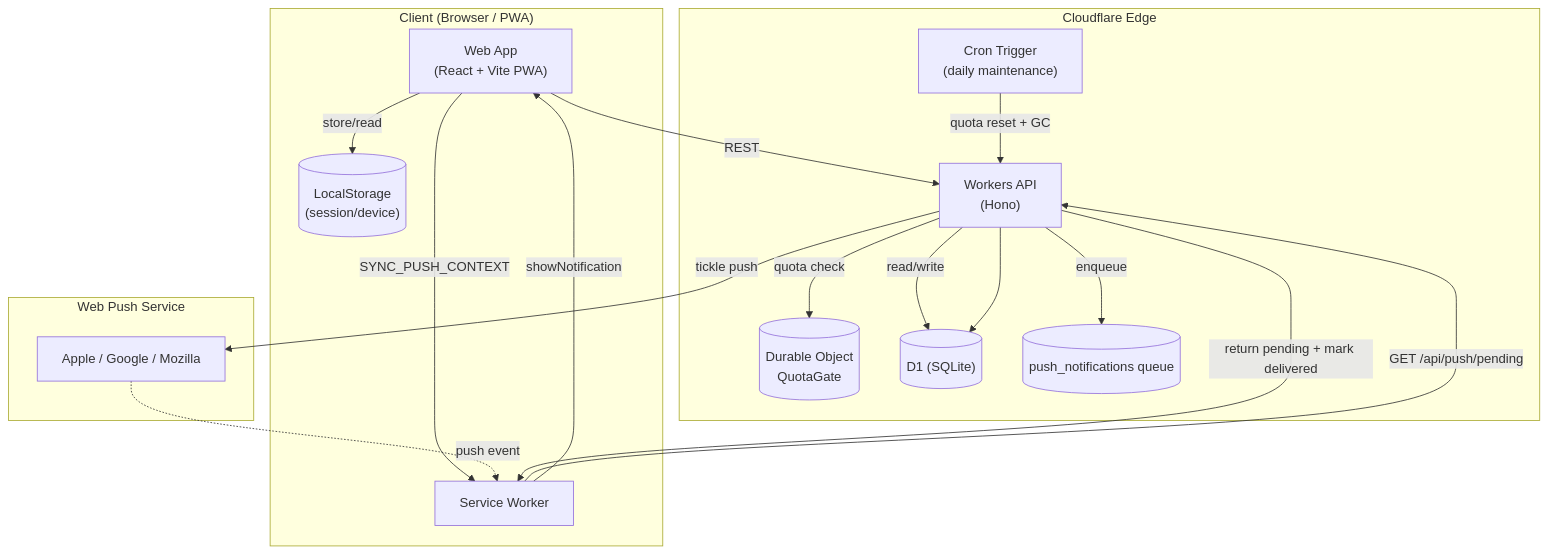
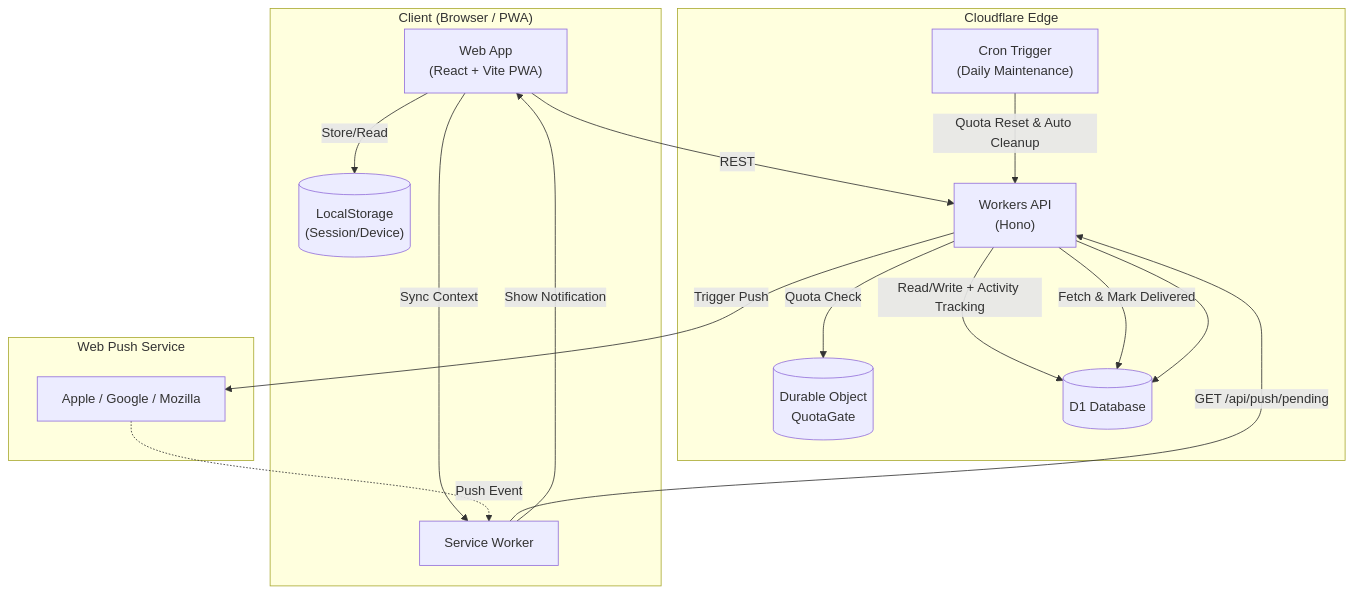
The diagram in README.en.md (brightcat1/renrakun), drawn with Mermaid before and after one commit. The commit also changed other lines of this file and 1 other file, not shown here.

Commit message:
docs: update architecture diagram and data maintenance policy

````diff
--- a/README.en.md
+++ b/README.en.md
@@ -23,37 +23,35 @@
 ```mermaid
 graph TD
   subgraph Client["Client (Browser / PWA)"]
     UI["Web App\n(React + Vite PWA)"]
     SW["Service Worker"]
-    LS[("LocalStorage\n(session/device)")]
+    LS[("LocalStorage\n(Session/Device)")]
   end
 
   subgraph Edge["Cloudflare Edge"]
     API["Workers API\n(Hono)"]
     DO[("Durable Object\nQuotaGate")]
-    DB[("D1 (SQLite)")]
-    Q[("push_notifications queue")]
-    CRON["Cron Trigger\n(daily maintenance)"]
+    DB[("D1 Database")]
+    CRON["Cron Trigger\n(Daily Maintenance)"]
   end
 
   subgraph Push["Web Push Service"]
     PS["Apple / Google / Mozilla"]
   end
 
   UI -->|REST| API
-  UI -->|store/read| LS
-  UI -->|SYNC_PUSH_CONTEXT| SW
+  UI -->|Store/Read| LS
+  UI -->|Sync Context| SW
 
-  API -->|read/write| DB
-  API -->|quota check| DO
-  API -->|enqueue| Q
-  API -->|tickle push| PS
+  API -->|Read/Write + Activity Tracking| DB
+  API -->|Quota Check| DO
+  API -->|Trigger Push| PS
 
-  PS -.->|push event| SW
+  PS -.->|Push Event| SW
   SW -->|GET /api/push/pending| API
-  API -->|return pending + mark delivered| SW
-  SW -->|showNotification| UI
+  API -->|Fetch & Mark Delivered| DB
+  SW -->|Show Notification| UI
 
-  CRON -->|quota reset + GC| API
+  CRON -->|Quota Reset & Auto Cleanup| API
   API --> DB
 ```
````
